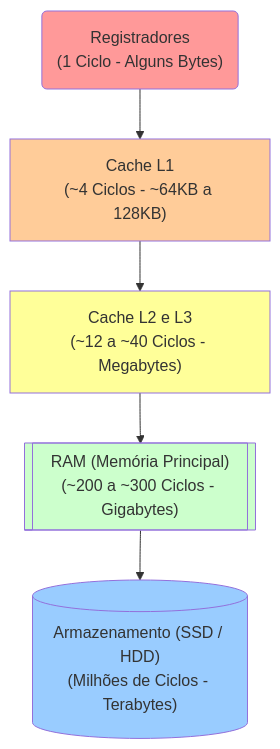
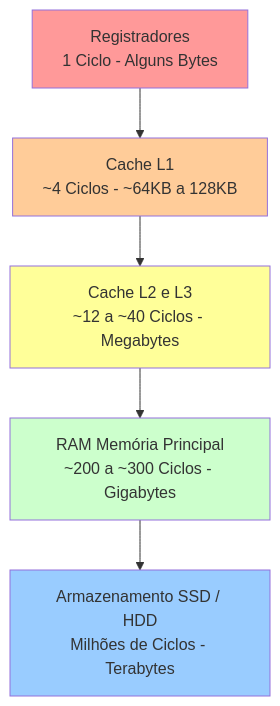
The diagram in docs/slides/slide-05.md (ricardotecpro/ads_extra_hardware_e_compiladores), drawn with Mermaid before and after one commit. The commit also changed 3 other files, not shown here.

Commit message:
docs: purifica diagramas mermaid de slide 02 e 05 removendo aspas e parenteses redundantes que quebravam RevealJS

````diff
--- a/docs/slides/slide-05.md
+++ b/docs/slides/slide-05.md
@@ -11,13 +11,13 @@
 ```mermaid
 graph TD
-    A("Registradores<br/>(1 Ciclo - Alguns Bytes)") --> B["Cache L1<br/>(~4 Ciclos - ~64KB a 128KB)"]
-    B --> C["Cache L2 e L3<br/>(~12 a ~40 Ciclos - Megabytes)"]
-    C --> D[["RAM (Memória Principal)<br/>(~200 a ~300 Ciclos - Gigabytes)"]]
-    D --> E[("Armazenamento (SSD / HDD)<br/>(Milhões de Ciclos - Terabytes)")]
+    A[Registradores<br/>1 Ciclo - Alguns Bytes] --> B[Cache L1<br/>~4 Ciclos - ~64KB a 128KB]
+    B --> C[Cache L2 e L3<br/>~12 a ~40 Ciclos - Megabytes]
+    C --> D[RAM Memória Principal<br/>~200 a ~300 Ciclos - Gigabytes]
+    D --> E[Armazenamento SSD / HDD<br/>Milhões de Ciclos - Terabytes]
     
     style A fill:#ff9999
     style B fill:#ffcc99
     style C fill:#ffff99
     style D fill:#ccffcc
     style E fill:#99ccff
 ```
````
